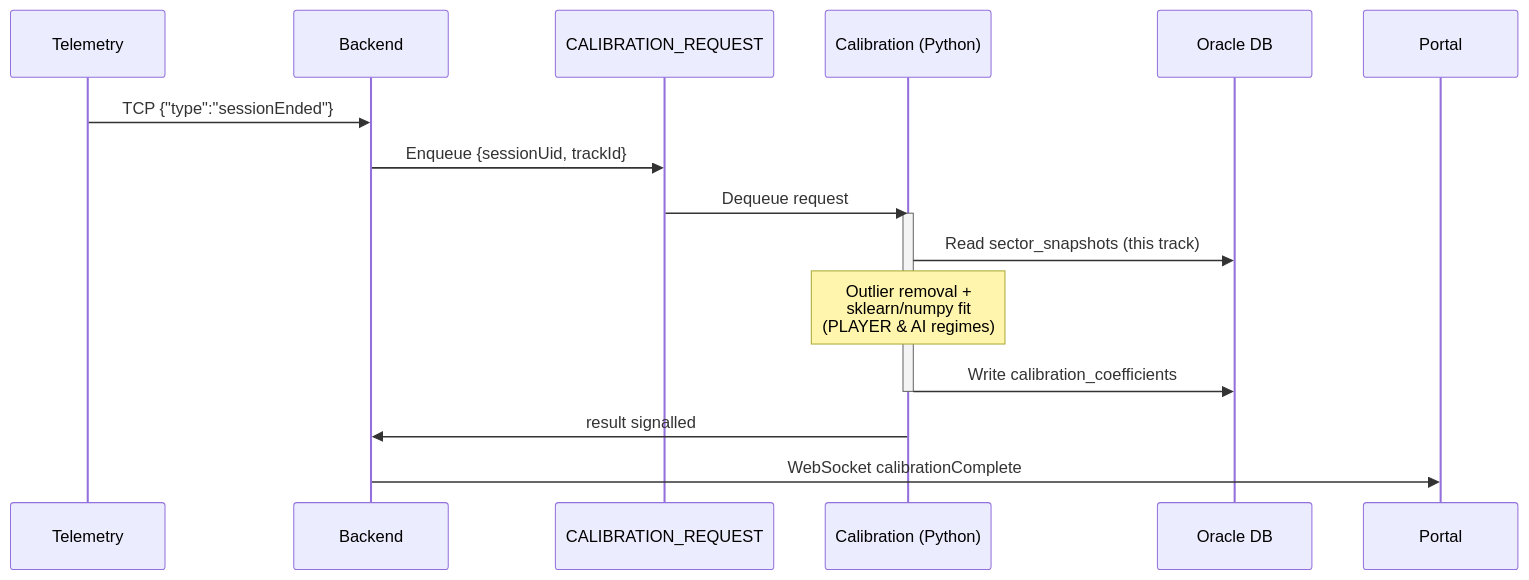
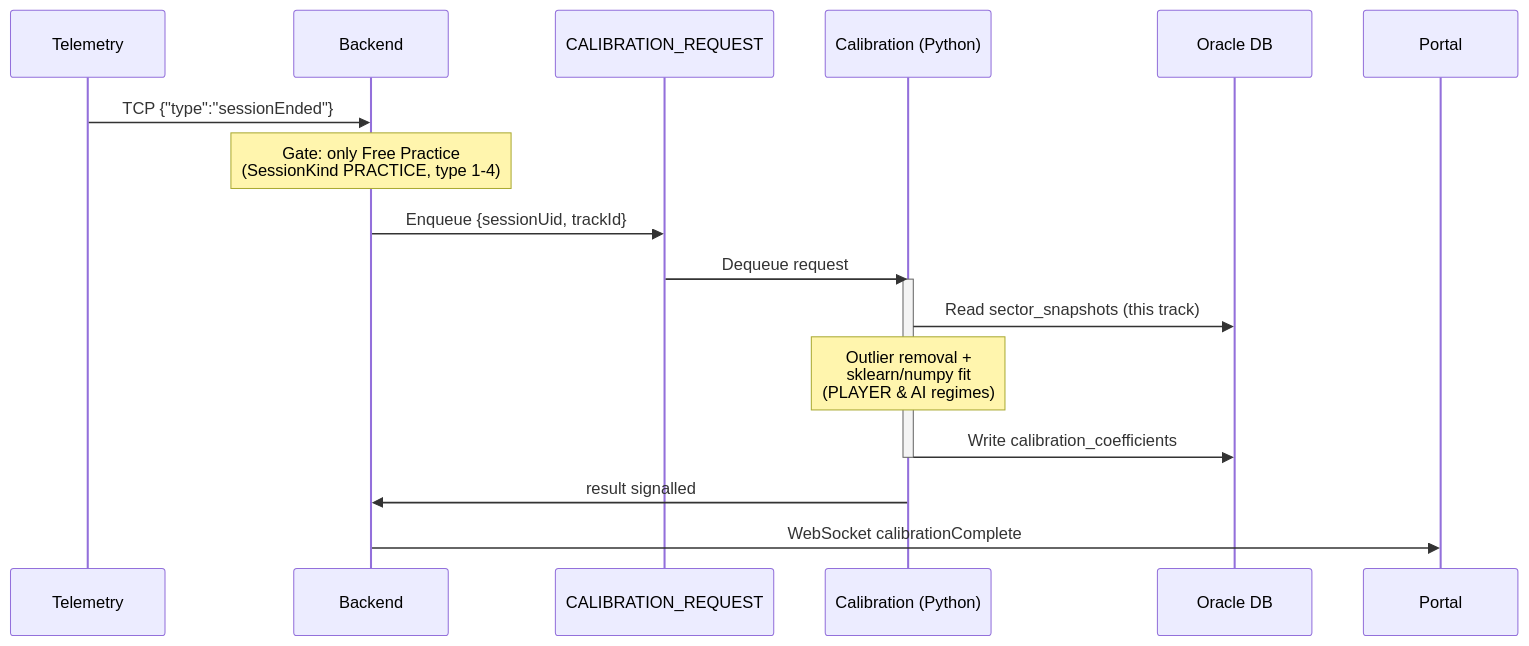
The fifth of 10 diagrams in design/06-INTEGRATION.md (vmleon/f12025-race-strategy-simulation), drawn with Mermaid before and after one commit. The commit also changed other lines of this file and 7 other files, not shown here.

````diff
--- a/design/06-INTEGRATION.md
+++ b/design/06-INTEGRATION.md
@@ -176,20 +187,21 @@
 ```mermaid
 sequenceDiagram
     participant Tele as Telemetry
     participant BE as Backend
     participant Q as CALIBRATION_REQUEST
     participant Cal as Calibration (Python)
     participant DB as Oracle DB
     participant Portal as Portal
 
     Tele->>BE: TCP {"type":"sessionEnded"}
+    Note over BE: Gate: only Free Practice<br/>(SessionKind PRACTICE, type 1-4)
     BE->>Q: Enqueue {sessionUid, trackId}
     Q->>Cal: Dequeue request
     activate Cal
     Cal->>DB: Read sector_snapshots (this track)
     Note over Cal: Outlier removal +<br/>sklearn/numpy fit<br/>(PLAYER & AI regimes)
     Cal->>DB: Write calibration_coefficients
     deactivate Cal
     Cal->>BE: result signalled
     BE->>Portal: WebSocket calibrationComplete
 ```
````
